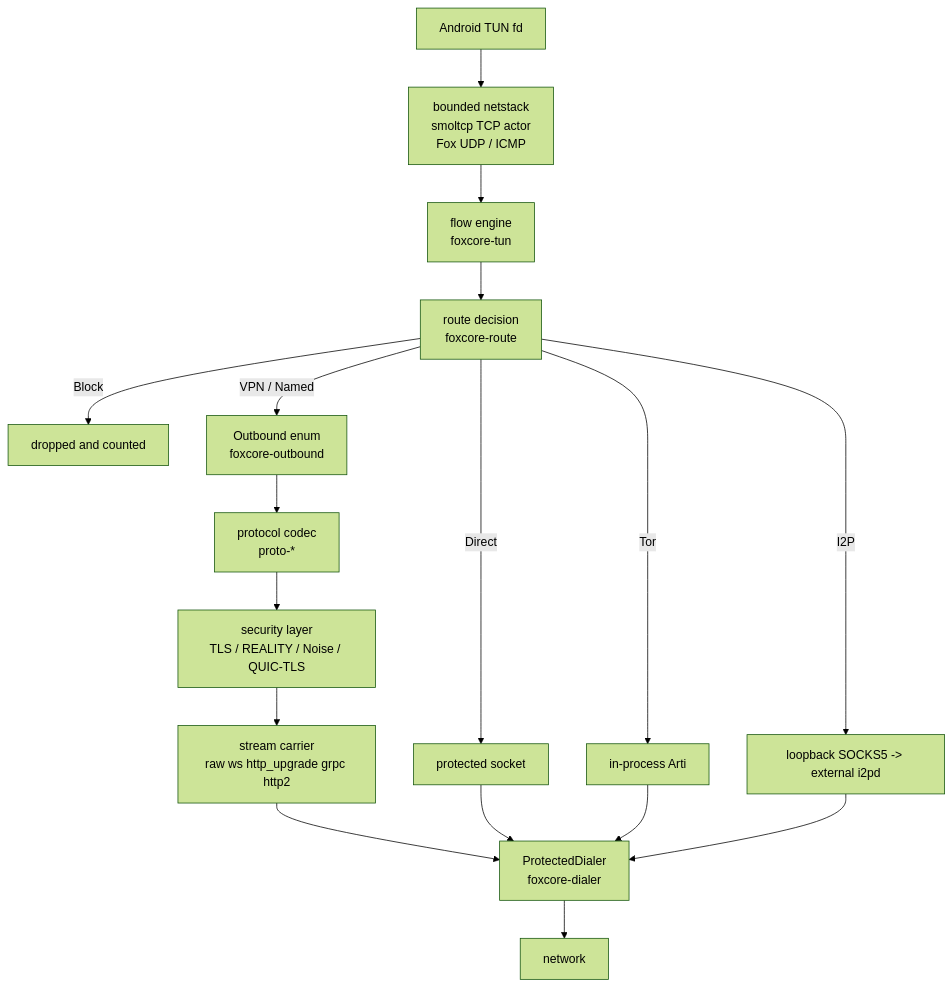
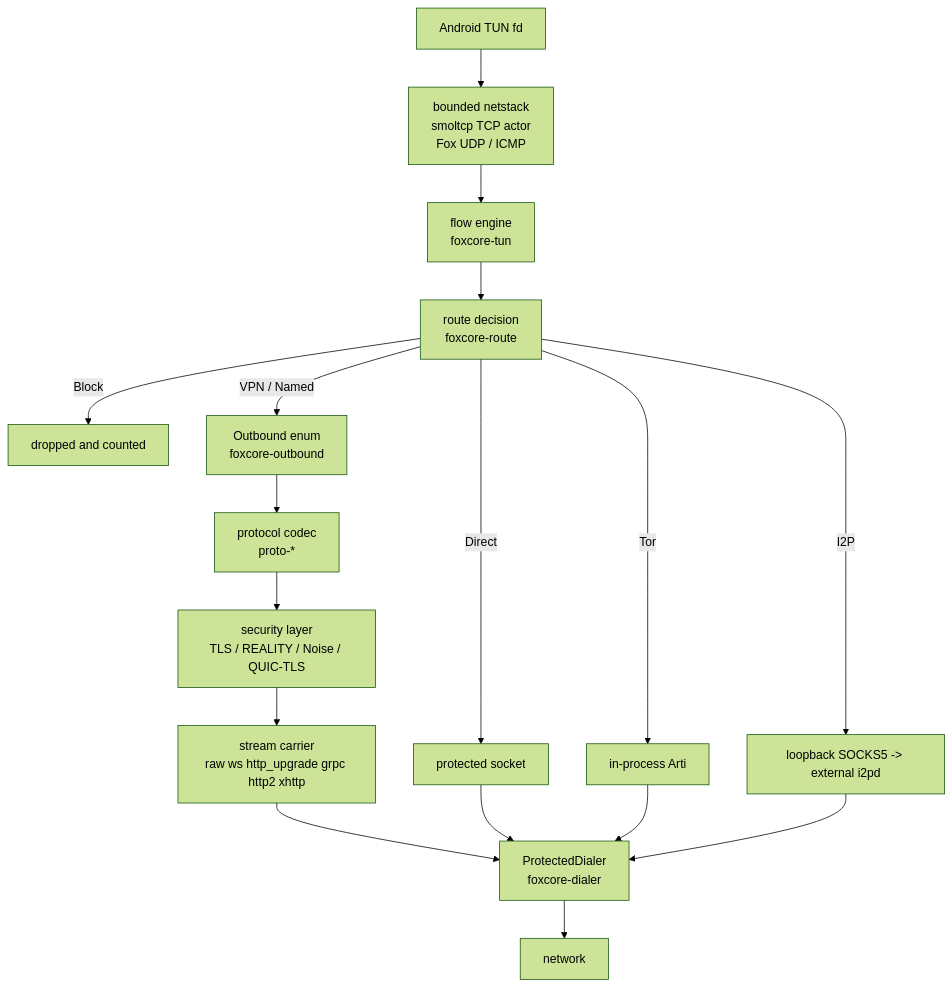
Before and after one commit to foxhole-team/foxhole-core: the first of 5 diagrams in docs/architecture/01-protocols.md, drawn with Mermaid (forest theme). The commit also changed other lines of this file and 1788 other files, not shown here.

````diff
--- a/docs/architecture/01-protocols.md
+++ b/docs/architecture/01-protocols.md
@@ -9,20 +9,20 @@
 ```mermaid
 flowchart TD
     TUN["Android TUN fd"] --> NS["bounded netstack<br/>smoltcp TCP actor<br/>Fox UDP / ICMP"]
     NS --> FE["flow engine<br/>foxcore-tun"]
     FE --> RT["route decision<br/>foxcore-route"]
     RT -->|Block| BLK["dropped and counted"]
     RT -->|Direct| DIR["protected socket"]
     RT -->|VPN / Named| OB["Outbound enum<br/>foxcore-outbound"]
     RT -->|Tor| TOR["in-process Arti"]
     RT -->|I2P| I2P["loopback SOCKS5 -> external i2pd"]
 
     OB --> L1["protocol codec<br/>proto-*"]
     L1 --> L2["security layer<br/>TLS / REALITY / Noise / QUIC-TLS"]
-    L2 --> L3["stream carrier<br/>raw ws http_upgrade grpc http2"]
+    L2 --> L3["stream carrier<br/>raw ws http_upgrade grpc http2 xhttp"]
     L3 --> DIALER["ProtectedDialer<br/>foxcore-dialer"]
     DIR --> DIALER
     TOR --> DIALER
     I2P --> DIALER
     DIALER --> NET["network"]
 ```
````
